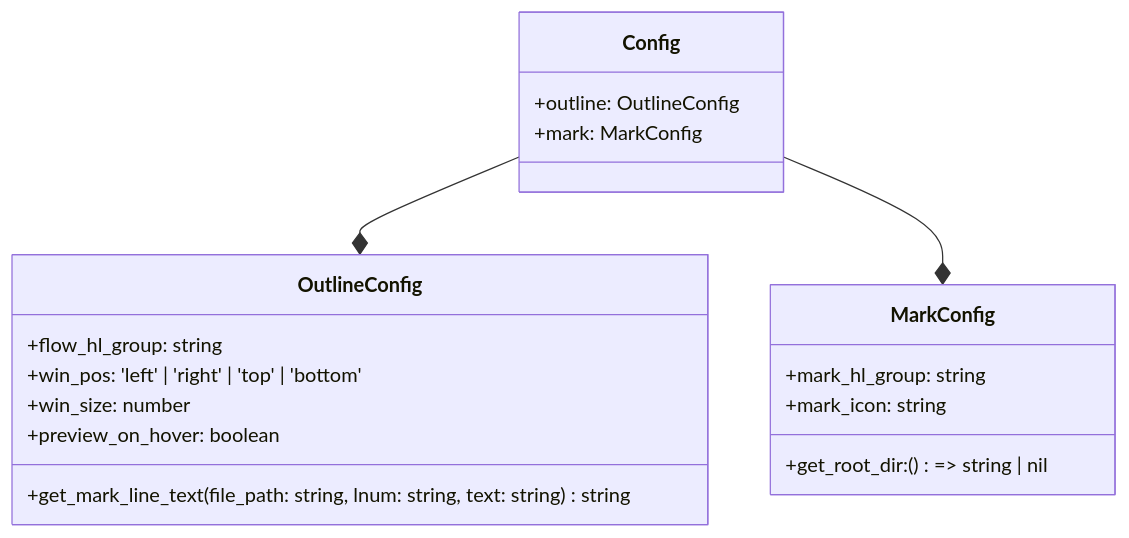
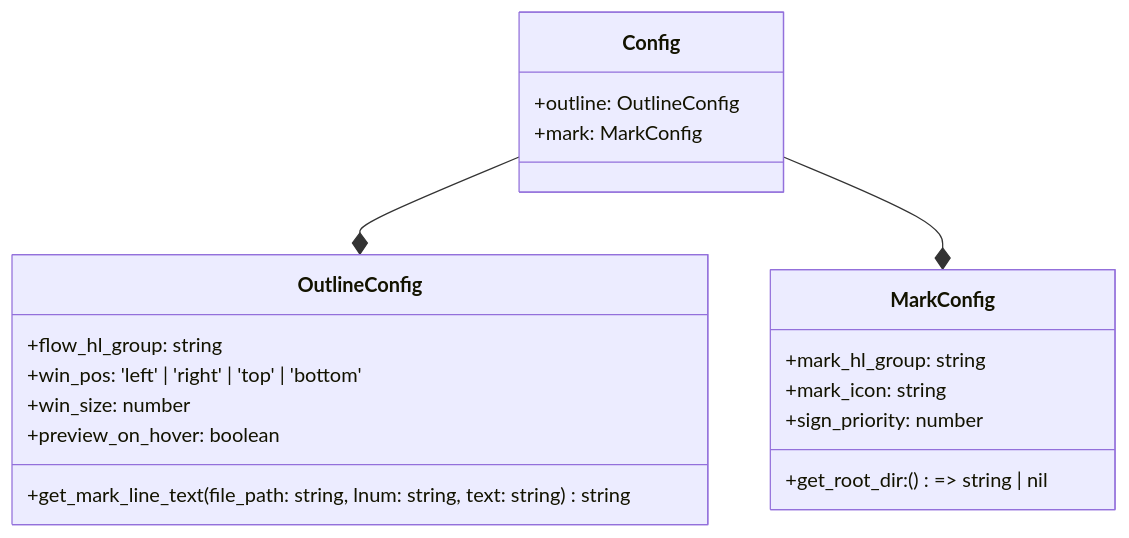
Before and after one commit to niuiic/track.nvim: diagram 17 of 17 in DESIGN.md, drawn with Mermaid. The commit also changed other lines of this file and 5 other files, not shown here.

````diff
--- a/DESIGN.md
+++ b/DESIGN.md
@@ -379,24 +429,25 @@
 ```mermaid
 classDiagram
     Config --* OutlineConfig
     Config --* MarkConfig
     class Config {
         +outline: OutlineConfig
         +mark: MarkConfig
     }
 
     class OutlineConfig {
         +flow_hl_group: string
         +win_pos: 'left' | 'right' | 'top' | 'bottom'
         +win_size: number
         +preview_on_hover: boolean
 
         +get_mark_line_text(file_path: string, lnum: string, text: string) string
     }
 
     class MarkConfig {
         +mark_hl_group: string
         +mark_icon: string
         +get_root_dir: () => string | nil
+        +sign_priority: number
     }
 ```
````
